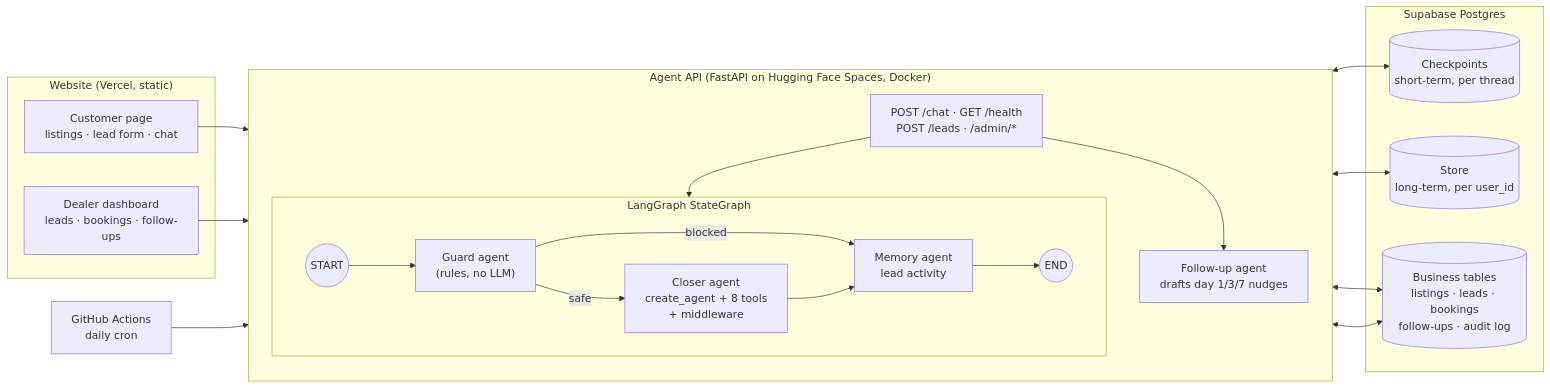
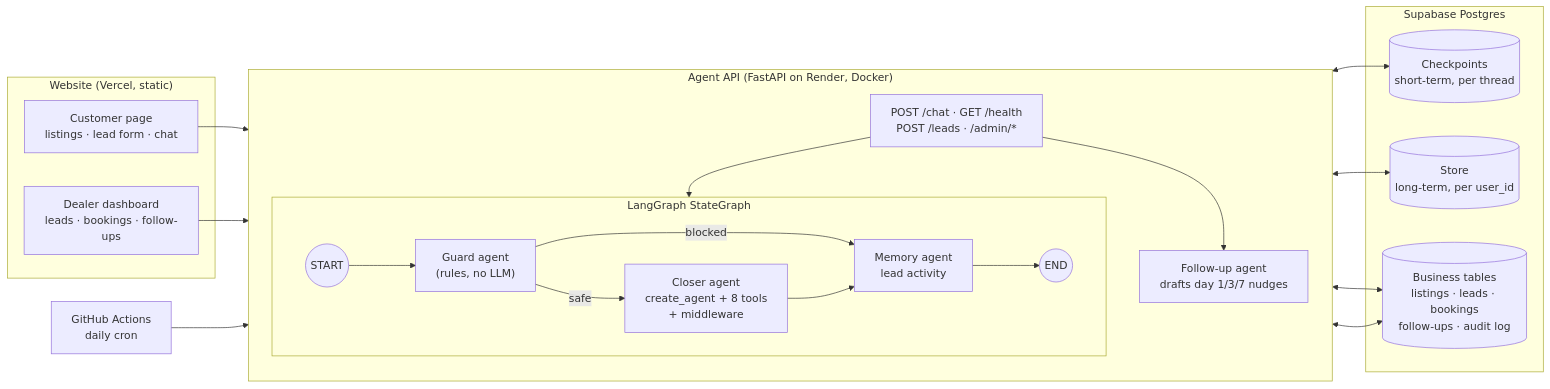
Before and after one commit to syedhassan13/leadpilot-dealcloser: the diagram in README.md, drawn with Mermaid. The commit also changed other lines of this file and 4 other files, not shown here.

Commit message:
Deploy the API on Render (keep-alive every 10 min), Hugging Face optional

````diff
--- a/README.md
+++ b/README.md
@@ -34,34 +34,34 @@
 ```mermaid
 flowchart LR
   subgraph Web["Website (Vercel, static)"]
     C["Customer page<br/>listings · lead form · chat"]
     A["Dealer dashboard<br/>leads · bookings · follow-ups"]
   end
-  subgraph API["Agent API (FastAPI on Hugging Face Spaces, Docker)"]
+  subgraph API["Agent API (FastAPI on Render, Docker)"]
     direction TB
     EP["POST /chat · GET /health<br/>POST /leads · /admin/*"]
     subgraph G["LangGraph StateGraph"]
       direction LR
       S((START)) --> GU["Guard agent<br/>(rules, no LLM)"]
       GU -- safe --> CL["Closer agent<br/>create_agent + 8 tools<br/>+ middleware"]
       GU -- blocked --> ME
       CL --> ME["Memory agent<br/>lead activity"]
       ME --> E((END))
     end
     FU["Follow-up agent<br/>drafts day 1/3/7 nudges"]
     EP --> G
     EP --> FU
   end
   subgraph DB["Supabase Postgres"]
     CK[("Checkpoints<br/>short-term, per thread")]
     ST[("Store<br/>long-term, per user_id")]
     BT[("Business tables<br/>listings · leads · bookings<br/>follow-ups · audit log")]
   end
   C --> EP
   A --> EP
   G <--> CK
   G <--> ST
   CL <--> BT
   FU <--> BT
   GH["GitHub Actions<br/>daily cron"] --> FU
 ```
````
